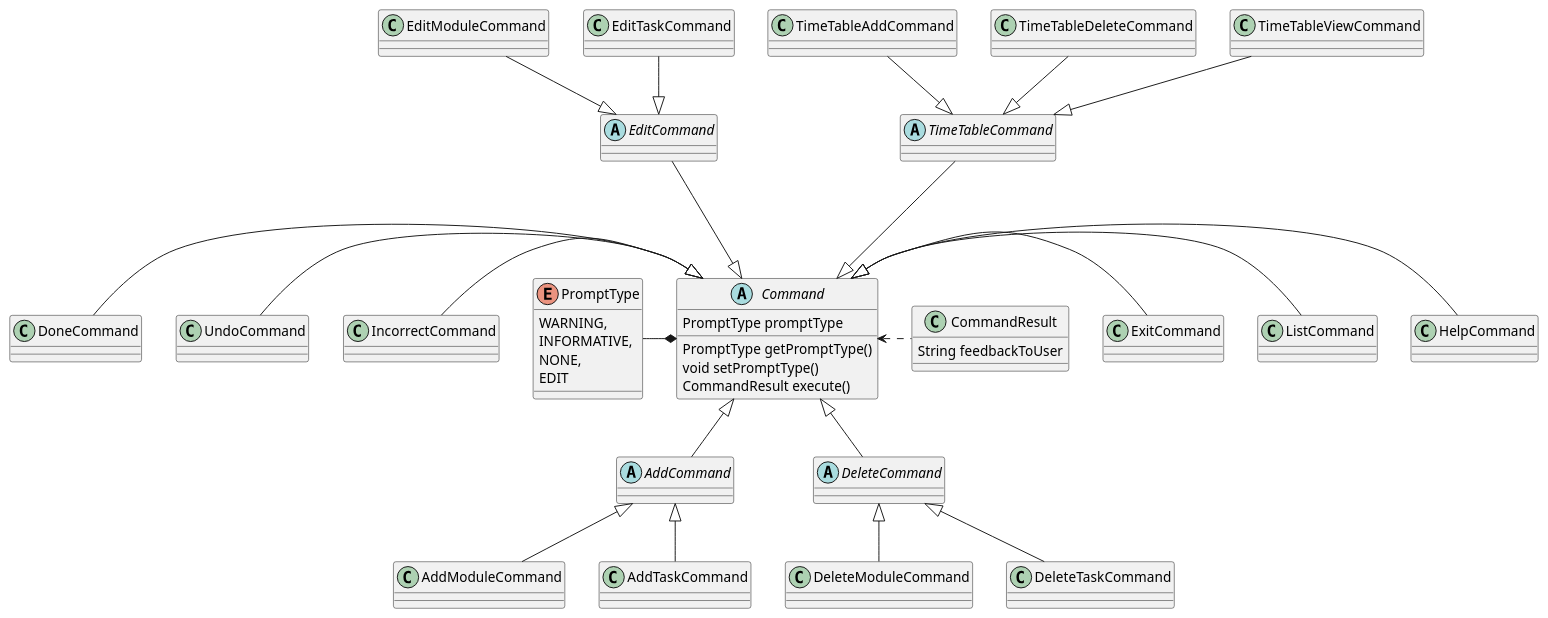
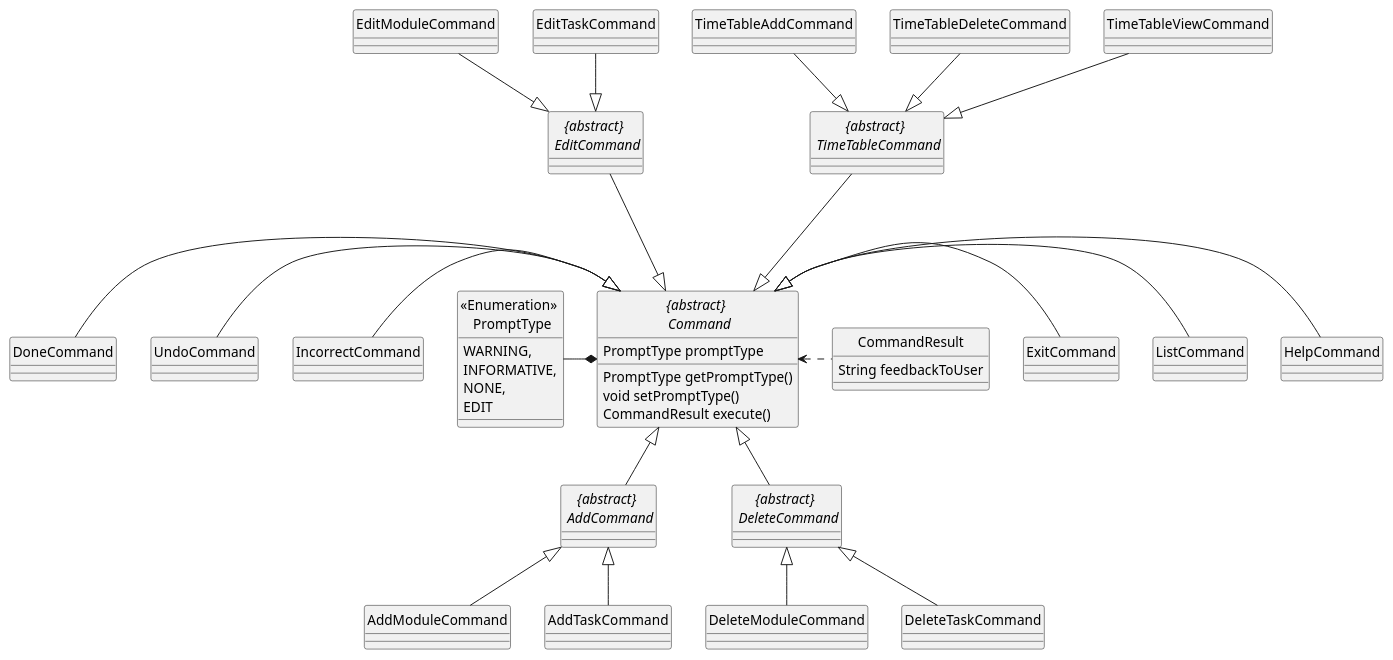
Before and after one commit to wangqinNick/tp: the diagram in docs/diagrams/UML/CommandClassDiagram.puml, drawn with PlantUML. The commit also changed 9 other files, not shown here.

Commit message:
Amend class diagrams to remove the circle

```diff
--- a/docs/diagrams/UML/CommandClassDiagram.puml
+++ b/docs/diagrams/UML/CommandClassDiagram.puml
@@ -1,73 +1,75 @@
 @startuml
 
+hide circle
+skinparam classAttributeIconSize 0
 
-abstract class Command {
+abstract class "{abstract} \n Command" {
     PromptType promptType
     PromptType getPromptType()
     void setPromptType()
     CommandResult execute()
 }
 
 class CommandResult {
     String feedbackToUser
 }
 
-abstract class AddCommand
+abstract class "{abstract} \n AddCommand"
 class AddModuleCommand
 class AddTaskCommand
 
-abstract class DeleteCommand
+abstract class "{abstract} \n DeleteCommand"
 class DeleteModuleCommand
 class DeleteTaskCommand
 
-abstract class EditCommand
+abstract class "{abstract} \n EditCommand"
 class EditModuleCommand
 class EditTaskCommand
 
-abstract class TimeTableCommand
+abstract class "{abstract} \n TimeTableCommand"
 class TimeTableAddCommand
 class TimeTableDeleteCommand
 class TimeTableViewCommand
 
 class DoneCommand
 class UndoCommand
 class HelpCommand
 class ListCommand
 class ExitCommand
 class IncorrectCommand
-enum PromptType {
+enum "<<Enumeration>> \n PromptType" {
     WARNING,
     INFORMATIVE,
     NONE,
     EDIT
 }
 
-Command <|- HelpCommand
-Command <|- ListCommand
-Command <|- ExitCommand
-Command <|-- DeleteCommand
-Command <|-- AddCommand
-EditCommand ---|> Command
-DoneCommand -|> Command
-UndoCommand -|> Command
-IncorrectCommand -|> Command
-TimeTableCommand ---|> Command
+"{abstract} \n Command" <|- HelpCommand
+"{abstract} \n Command" <|- ListCommand
+"{abstract} \n Command" <|- ExitCommand
+"{abstract} \n Command" <|-- "{abstract} \n DeleteCommand"
+"{abstract} \n Command" <|-- "{abstract} \n AddCommand"
+"{abstract} \n EditCommand" ---|> "{abstract} \n Command"
+DoneCommand -|> "{abstract} \n Command"
+UndoCommand -|> "{abstract} \n Command"
+IncorrectCommand -|> "{abstract} \n Command"
+"{abstract} \n TimeTableCommand" ---|> "{abstract} \n Command"
 
-PromptType -* Command
+"<<Enumeration>> \n PromptType" -* "{abstract} \n Command"
 
-Command <. CommandResult
+"{abstract} \n Command" <. CommandResult
 
-AddCommand <|-- AddModuleCommand
-AddCommand <|-- AddTaskCommand
+"{abstract} \n AddCommand" <|-- AddModuleCommand
+"{abstract} \n AddCommand" <|-- AddTaskCommand
 
-DeleteCommand <|-- DeleteModuleCommand
-DeleteCommand <|-- DeleteTaskCommand
+"{abstract} \n DeleteCommand" <|-- DeleteModuleCommand
+"{abstract} \n DeleteCommand" <|-- DeleteTaskCommand
 
-EditModuleCommand --|> EditCommand
-EditTaskCommand --|> EditCommand
+EditModuleCommand --|> "{abstract} \n EditCommand"
+EditTaskCommand --|> "{abstract} \n EditCommand"
 
-TimeTableAddCommand --|> TimeTableCommand
-TimeTableDeleteCommand --|> TimeTableCommand
-TimeTableViewCommand --|> TimeTableCommand
+TimeTableAddCommand --|> "{abstract} \n TimeTableCommand"
+TimeTableDeleteCommand --|> "{abstract} \n TimeTableCommand"
+TimeTableViewCommand --|> "{abstract} \n TimeTableCommand"
 
 @enduml
```
